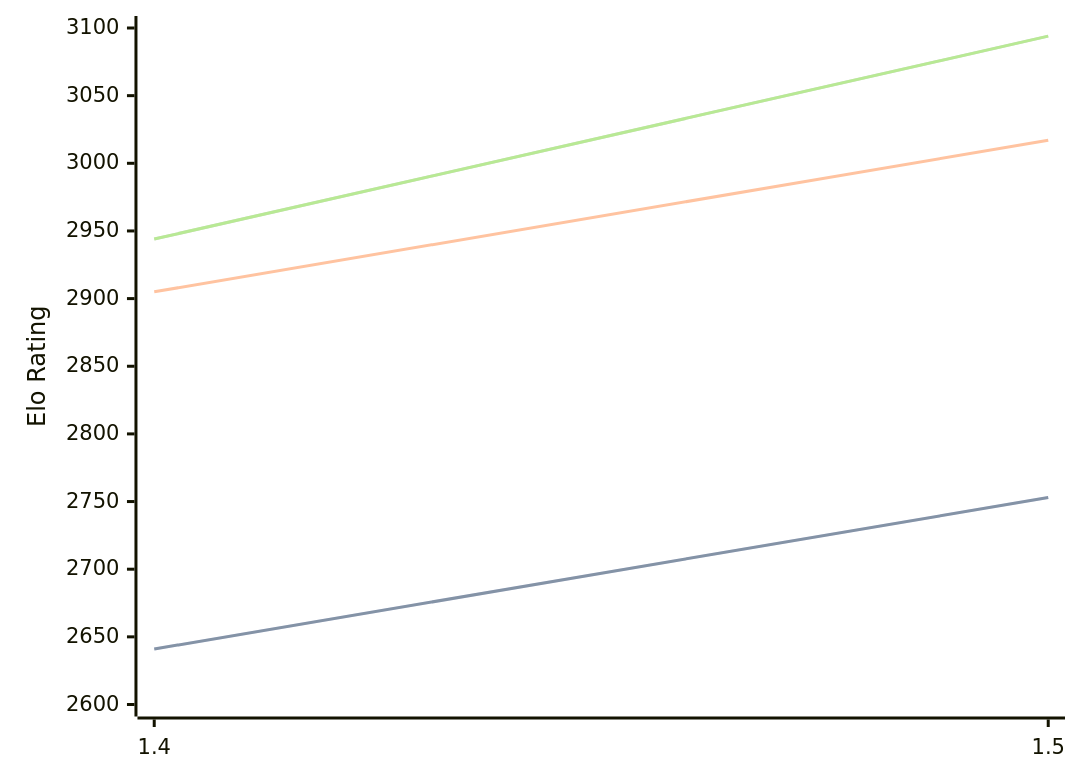
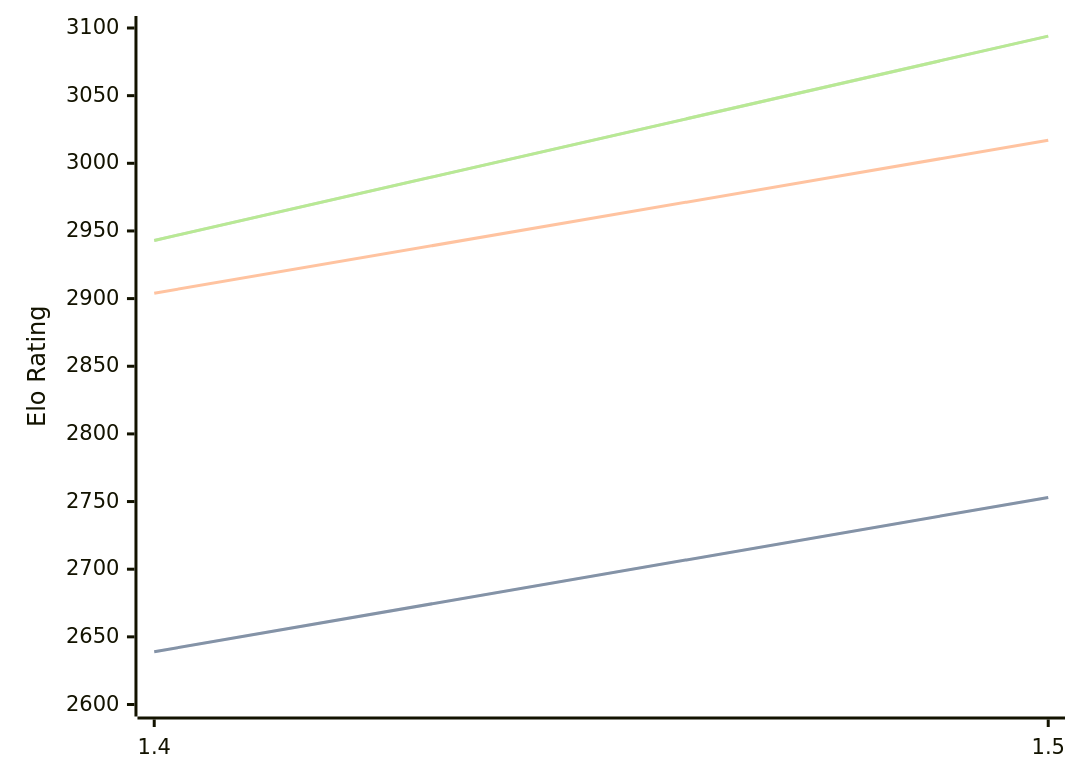
Before and after one commit to computer-chess-index/cci: the diagram in engines/Yakka.md, drawn with Mermaid. The commit also changed other lines of this file, not shown here.

Commit message:
Update CCI Ratings (ELO VLTC) - 2026-06-12

````diff
--- a/engines/Yakka.md
+++ b/engines/Yakka.md
@@ -36,11 +36,11 @@
 ```mermaid
 %%{init: {"theme":"base","themeVariables":{"seriesColors:['#a3a3a3','#222221','#faa371']}}}%%
 xychart-beta
   x-axis ["1.4", "1.5"]
   y-axis "Elo Rating" 2600 --> 3100
-  line "STC (8.0+0.08s)" [2641, 2753]
-  line "STC (8.0+0.08s)" [2641, 2753]
-  line "LTC (60.0+0.60s)" [2905, 3017]
-  line "VLTC (2m24s+1.12s)" [2944, 3094]
-  line "VLTC (2m24s+1.12s)" [2944, 3094]
+  line "STC (8.0+0.08s)" [2639, 2753]
+  line "STC (8.0+0.08s)" [2639, 2753]
+  line "LTC (60.0+0.60s)" [2904, 3017]
+  line "VLTC (2m24s+1.12s)" [2943, 3094]
+  line "VLTC (2m24s+1.12s)" [2943, 3094]
 ```
````
